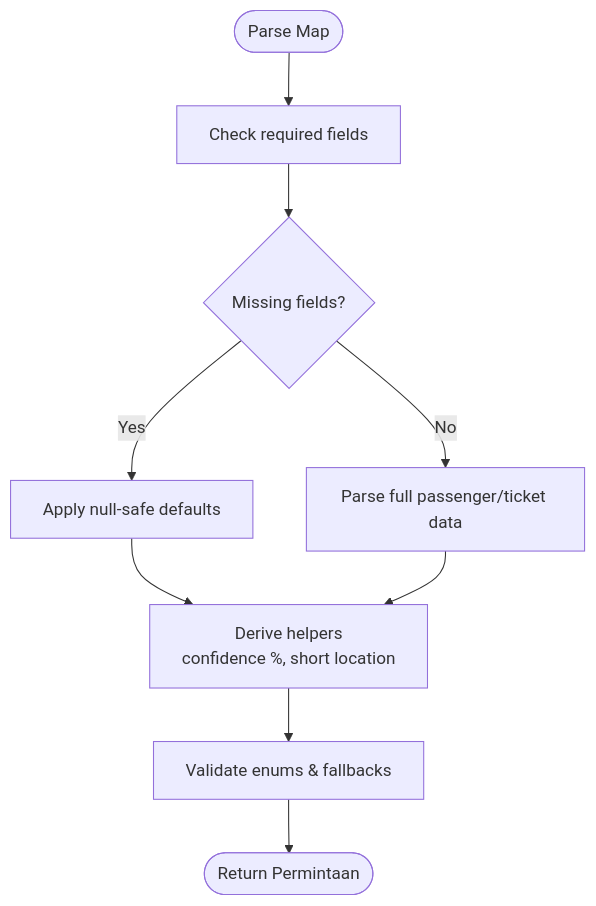
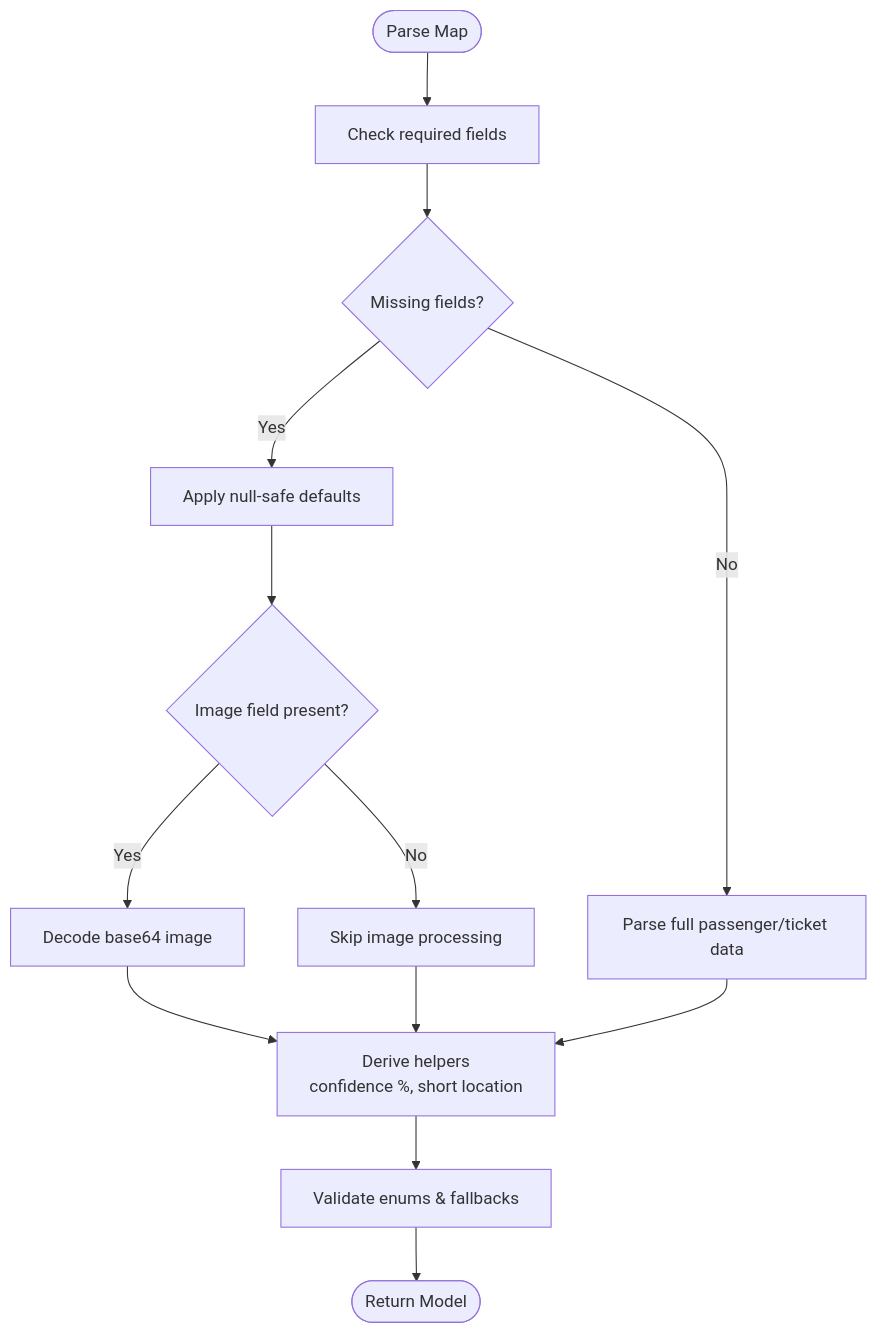
One commit to rdsarjito/whoosh-ramah changed the third of 10 diagrams in .qoder/repowiki/en/content/Testing Strategy.md. Above: the diagram before and after it, drawn with Mermaid. The commit also changed other lines of this file and 68 other files, not shown here.

````diff
--- a/.qoder/repowiki/en/content/Testing Strategy.md
+++ b/.qoder/repowiki/en/content/Testing Strategy.md
@@ -140,11 +187,15 @@
 ```mermaid
 flowchart TD
 Start(["Parse Map"]) --> CheckFields["Check required fields"]
 CheckFields --> Missing{"Missing fields?"}
 Missing --> |Yes| ApplyDefaults["Apply null-safe defaults"]
 Missing --> |No| ParseData["Parse full passenger/ticket data"]
-ApplyDefaults --> Derive["Derive helpers<br/>confidence %, short location"]
+ApplyDefaults --> ImageCheck{"Image field present?"}
+ImageCheck --> |Yes| DecodeBase64["Decode base64 image"]
+ImageCheck --> |No| SkipImage["Skip image processing"]
+DecodeBase64 --> Derive["Derive helpers<br/>confidence %, short location"]
+SkipImage --> Derive
 ParseData --> Derive
 Derive --> Enums["Validate enums & fallbacks"]
-Enums --> End(["Return Permintaan"])
+Enums --> End(["Return Model"])
 ```
````
